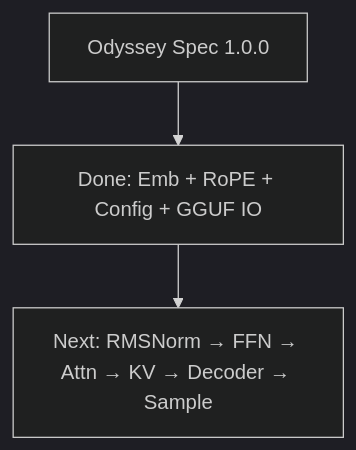
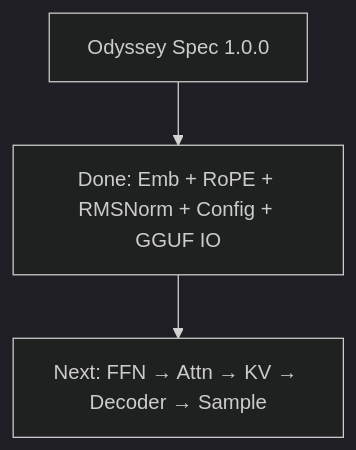
One commit to 404khai/phalanx changed the diagram in docs/spec-compliance.md. Above: the diagram before and after it, drawn with Mermaid (dark theme). The commit also changed other lines of this file and 18 other files, not shown here.

````diff
--- a/docs/spec-compliance.md
+++ b/docs/spec-compliance.md
@@ -38,7 +38,7 @@
 ```mermaid
 flowchart TD
     Spec[Odyssey Spec 1.0.0]
-    Done[Done: Emb + RoPE + Config + GGUF IO]
-    Next[Next: RMSNorm → FFN → Attn → KV → Decoder → Sample]
+    Done[Done: Emb + RoPE + RMSNorm + Config + GGUF IO]
+    Next[Next: FFN → Attn → KV → Decoder → Sample]
     Spec --> Done --> Next
 ```
````
